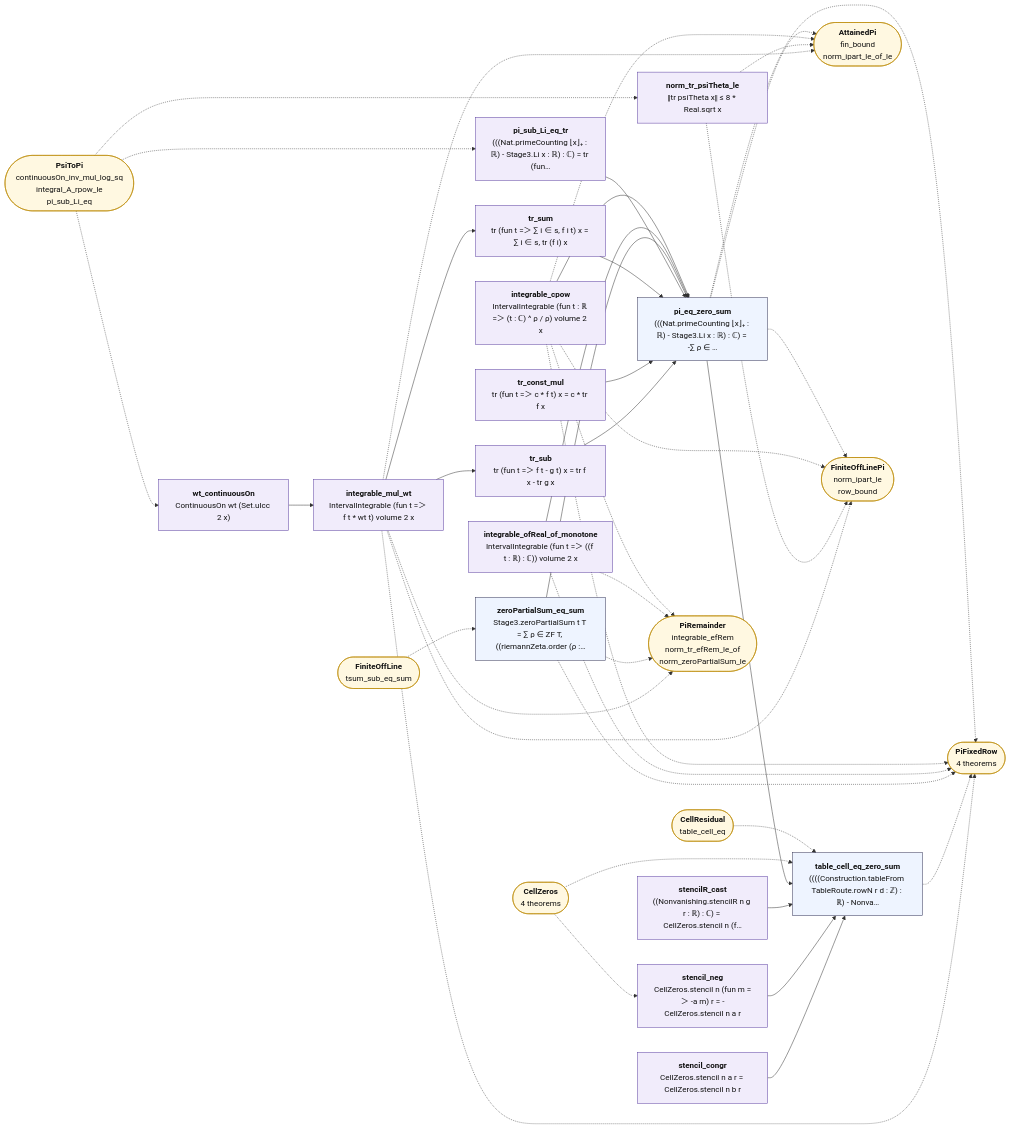
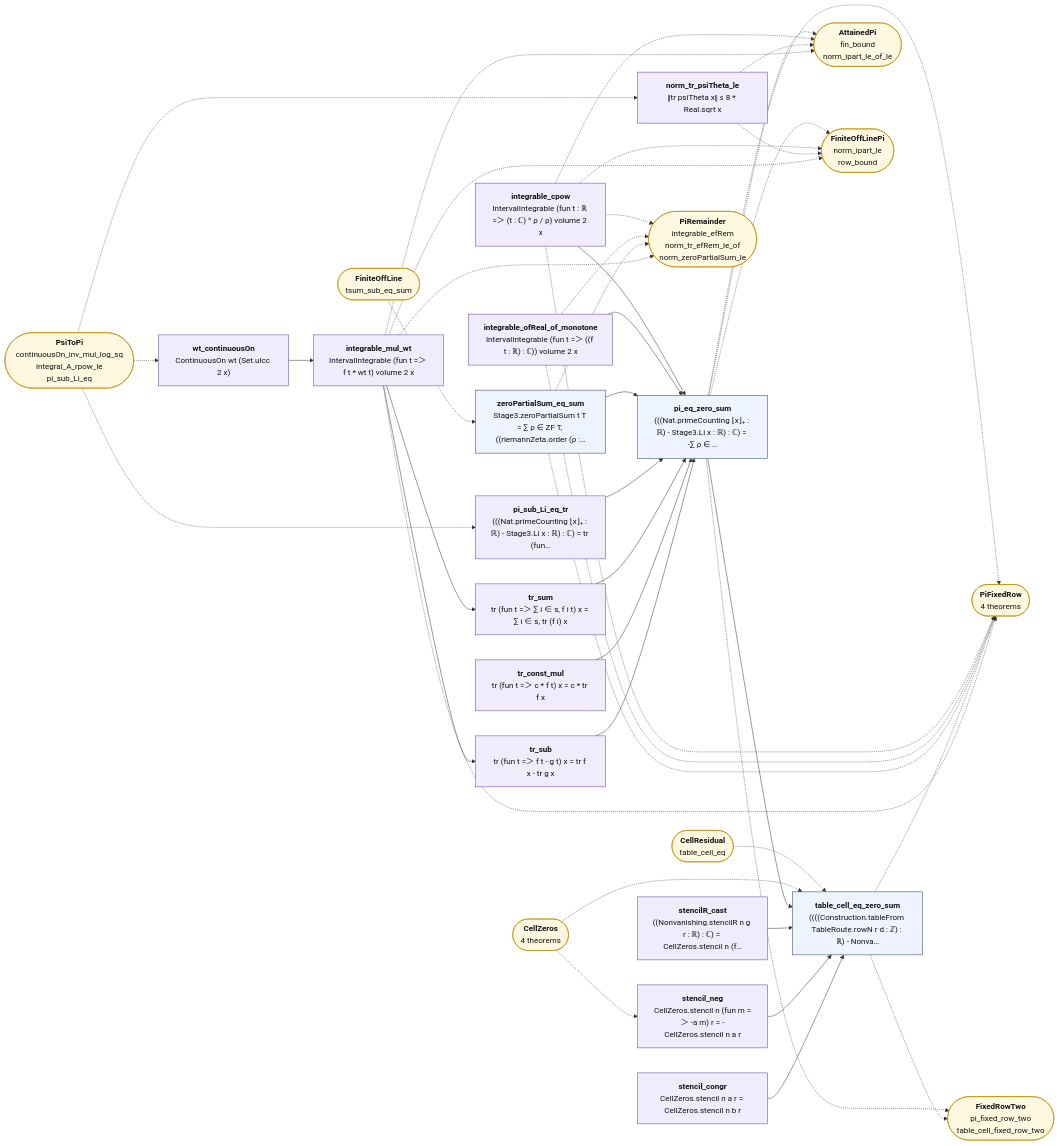
The diagram in map/lean_stage3/PiZeros.mmd (juliansambranojr/Primebeat_081426), drawn with Mermaid before and after one commit. The commit also changed 49 other files, not shown here.

First line of the commit message:
Block G3: T3 at a fixed row at every row of the table (unit 0465)

```diff
--- a/map/lean_stage3/PiZeros.mmd
+++ b/map/lean_stage3/PiZeros.mmd
@@ -1,71 +1,74 @@
 flowchart LR
   n0["<b>wt_continuousOn</b><br/>ContinuousOn wt (Set.uIcc 2 x)"]:::shp
   n1["<b>integrable_mul_wt</b><br/>IntervalIntegrable (fun t =＞ f t * wt t) volume 2 x"]:::shp
   n2["<b>tr_sub</b><br/>tr (fun t =＞ f t - g t) x = tr f x - tr g x"]:::shp
   n3["<b>tr_const_mul</b><br/>tr (fun t =＞ c * f t) x = c * tr f x"]:::shp
   n4["<b>tr_sum</b><br/>tr (fun t =＞ ∑ i ∈ s, f i t) x = ∑ i ∈ s, tr (f i) x"]:::shp
   n5["<b>pi_sub_Li_eq_tr</b><br/>(((Nat.primeCounting ⌊x⌋₊ : ℝ) - Stage3.Li x : ℝ) : ℂ) = tr (fun…"]:::shp
   n6["<b>zeroPartialSum_eq_sum</b><br/>Stage3.zeroPartialSum t T = ∑ ρ ∈ ZF T, ((riemannZeta.order (ρ :…"]:::thm
   n7["<b>integrable_ofReal_of_monotone</b><br/>IntervalIntegrable (fun t =＞ ((f t : ℝ) : ℂ)) volume 2 x"]:::shp
   n8["<b>integrable_cpow</b><br/>IntervalIntegrable (fun t : ℝ =＞ (t : ℂ) ^ ρ / ρ) volume 2 x"]:::shp
   n9["<b>pi_eq_zero_sum</b><br/>(((Nat.primeCounting ⌊x⌋₊ : ℝ) - Stage3.Li x : ℝ) : ℂ) = -∑ ρ ∈ …"]:::thm
   n10["<b>norm_tr_psiTheta_le</b><br/>‖tr psiTheta x‖ ≤ 8 * Real.sqrt x"]:::shp
   n11["<b>stencil_congr</b><br/>CellZeros.stencil n a r = CellZeros.stencil n b r"]:::shp
   n12["<b>stencil_neg</b><br/>CellZeros.stencil n (fun m =＞ -a m) r = -CellZeros.stencil n a r"]:::shp
   n13["<b>stencilR_cast</b><br/>((Nonvanishing.stencilR n g r : ℝ) : ℂ) = CellZeros.stencil n (f…"]:::shp
   n14["<b>table_cell_eq_zero_sum</b><br/>((((Construction.tableFrom TableRoute.rowN r d : ℤ) : ℝ) - Nonva…"]:::thm
   x0(["<b>PsiToPi</b><br/>continuousOn_inv_mul_log_sq<br/>integral_A_rpow_le<br/>pi_sub_Li_eq"]):::ext
   x1(["<b>AttainedPi</b><br/>fin_bound<br/>norm_ipart_le_of_le"]):::ext
   x2(["<b>FiniteOffLinePi</b><br/>norm_ipart_le<br/>row_bound"]):::ext
   x3(["<b>PiFixedRow</b><br/>4 theorems"]):::ext
   x4(["<b>PiRemainder</b><br/>integrable_efRem<br/>norm_tr_efRem_le_of<br/>norm_zeroPartialSum_le"]):::ext
   x5(["<b>FiniteOffLine</b><br/>tsum_sub_eq_sum"]):::ext
-  x6(["<b>CellZeros</b><br/>4 theorems"]):::ext
-  x7(["<b>CellResidual</b><br/>table_cell_eq"]):::ext
+  x6(["<b>FixedRowTwo</b><br/>pi_fixed_row_two<br/>table_cell_fixed_row_two"]):::ext
+  x7(["<b>CellZeros</b><br/>4 theorems"]):::ext
+  x8(["<b>CellResidual</b><br/>table_cell_eq"]):::ext
   n0 --> n1
   n1 --> n2
   n1 --> n4
   n11 --> n14
   n12 --> n14
   n13 --> n14
   n2 --> n9
   n3 --> n9
   n4 --> n9
   n5 --> n9
   n6 --> n9
   n7 --> n9
   n8 --> n9
   n9 --> n14
   n1 -.-> x1
   n1 -.-> x2
   n1 -.-> x3
   n1 -.-> x4
   n10 -.-> x1
   n10 -.-> x2
   n14 -.-> x3
+  n14 -.-> x6
   n6 -.-> x3
   n6 -.-> x4
   n7 -.-> x3
   n7 -.-> x4
   n8 -.-> x1
   n8 -.-> x2
   n8 -.-> x3
   n8 -.-> x4
   n9 -.-> x1
   n9 -.-> x2
   n9 -.-> x3
+  n9 -.-> x6
   x0 -.-> n0
   x0 -.-> n10
   x0 -.-> n5
   x5 -.-> n6
-  x6 -.-> n12
-  x6 -.-> n14
+  x7 -.-> n12
   x7 -.-> n14
+  x8 -.-> n14
   classDef cnt fill:#dff5ec,stroke:#17694a,color:#111
   classDef shp fill:#f1ecfb,stroke:#5b3fa0,color:#111
   classDef rh fill:#ffe5e5,stroke:#c22,color:#111,stroke-width:2px
   classDef thm fill:#eef4ff,stroke:#335,color:#111
   classDef end_ fill:#e7f7e7,stroke:#2a7,color:#111,stroke-width:2px
   classDef lone fill:#fff,stroke:#999,color:#111,stroke-dasharray:4 3
   classDef bad fill:#ffe5e5,stroke:#c22,color:#111,stroke-width:2px
   classDef ext fill:#fff8e1,stroke:#b80,color:#111
```
